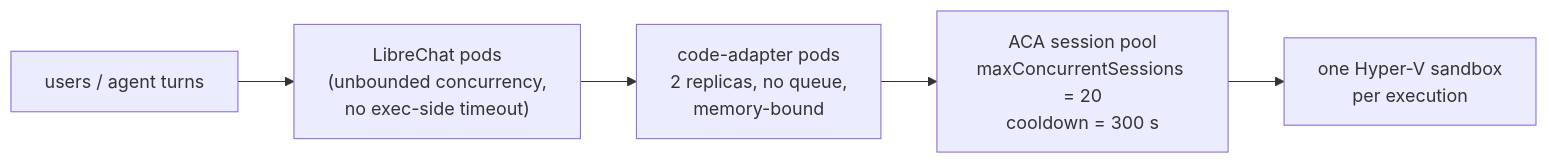
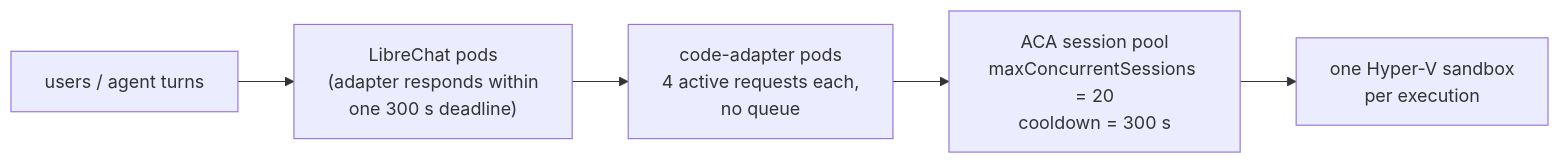
The diagram in knauf/docs/code-execution/scaling.md (Falenos/LibreChat), drawn with Mermaid before and after one commit. The commit also changed other lines of this file and 38 other files, not shown here.

First line of the commit message:
feat(code-adapter): harden production readiness (KK20-285)

````diff
--- a/knauf/docs/code-execution/scaling.md
+++ b/knauf/docs/code-execution/scaling.md
@@ -18,7 +18,7 @@
 ```mermaid
 flowchart LR
-  u["users / agent turns"] --> lc["LibreChat pods<br/>(unbounded concurrency,<br/>no exec-side timeout)"]
-  lc --> ad["code-adapter pods<br/>2 replicas, no queue,<br/>memory-bound"]
+  u["users / agent turns"] --> lc["LibreChat pods<br/>(adapter responds within<br/>one 300 s deadline)"]
+  lc --> ad["code-adapter pods<br/>4 active requests each,<br/>no queue"]
   ad --> pool["ACA session pool<br/>maxConcurrentSessions = 20<br/>cooldown = 300 s"]
   pool --> sbx["one Hyper-V sandbox<br/>per execution"]
 ```
````
